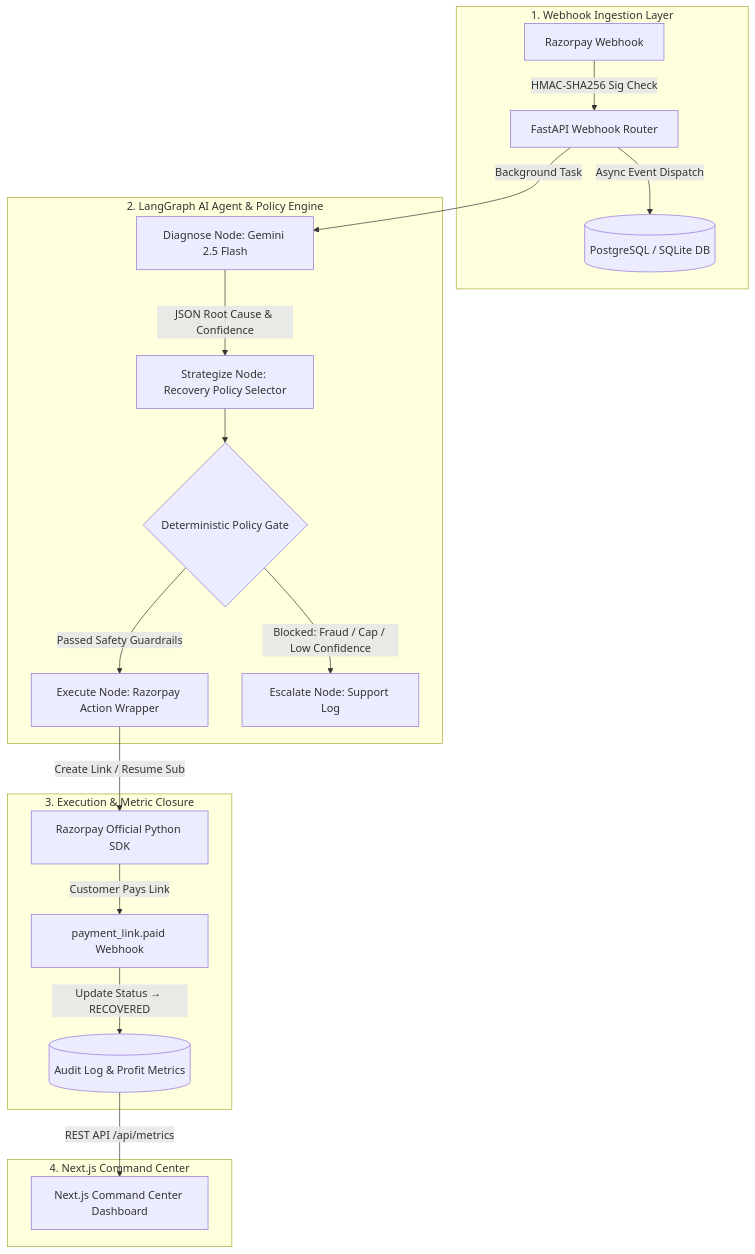
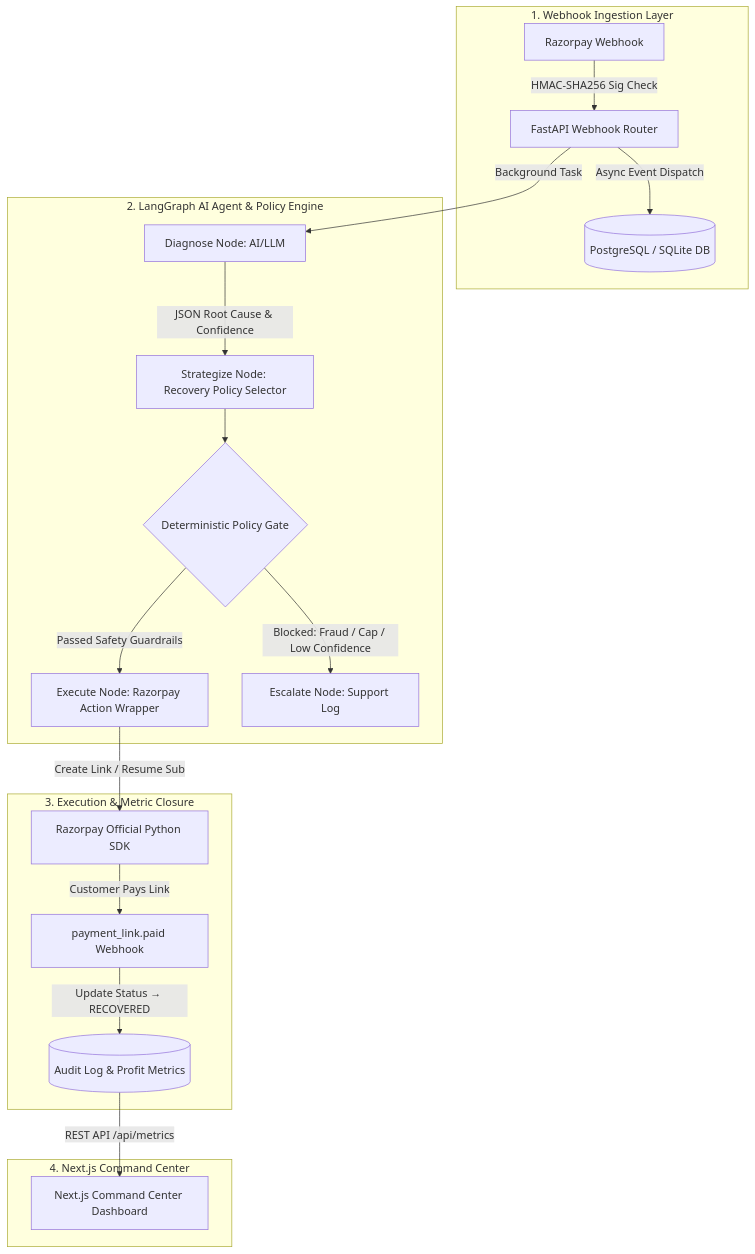
One commit to Nithin0306/Razopay_buildathon changed the diagram in README.md. Above: the diagram before and after it, drawn with Mermaid. The commit also changed other lines of this file, not shown here.

````diff
--- a/README.md
+++ b/README.md
@@ -21,26 +52,26 @@
 ```mermaid
 flowchart TD
     subgraph Ingestion ["1. Webhook Ingestion Layer"]
         RP[Razorpay Webhook] -->|HMAC-SHA256 Sig Check| API[FastAPI Webhook Router]
         API -->|Async Event Dispatch| DB[(PostgreSQL / SQLite DB)]
     end
 
     subgraph Agent ["2. LangGraph AI Agent & Policy Engine"]
-        API -->|Background Task| Node1[Diagnose Node: Gemini 2.5 Flash]
+        API -->|Background Task| Node1[Diagnose Node: AI/LLM]
         Node1 -->|JSON Root Cause & Confidence| Node2[Strategize Node: Recovery Policy Selector]
         Node2 --> Gate{Deterministic Policy Gate}
         
         Gate -->|Passed Safety Guardrails| Node3[Execute Node: Razorpay Action Wrapper]
         Gate -->|Blocked: Fraud / Cap / Low Confidence| Node4[Escalate Node: Support Log]
     end
 
     subgraph Execution ["3. Execution & Metric Closure"]
         Node3 -->|Create Link / Resume Sub| RZ_API[Razorpay Official Python SDK]
         RZ_API -->|Customer Pays Link| HookSuccess[payment_link.paid Webhook]
         HookSuccess -->|Update Status → RECOVERED| Audit[(Audit Log & Profit Metrics)]
     end
 
     subgraph CommandCenter ["4. Next.js Command Center"]
         Audit -->|REST API /api/metrics| Dashboard[Next.js Command Center Dashboard]
     end
 ```
````
